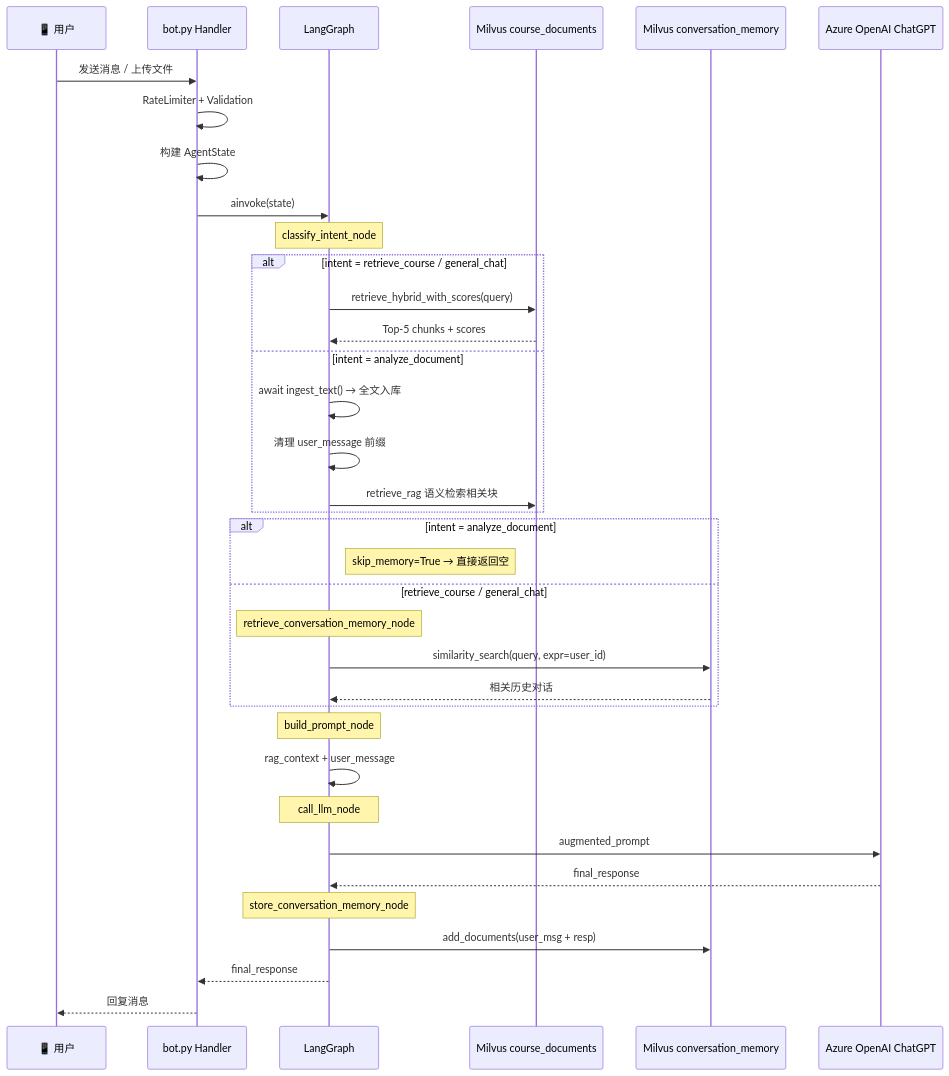
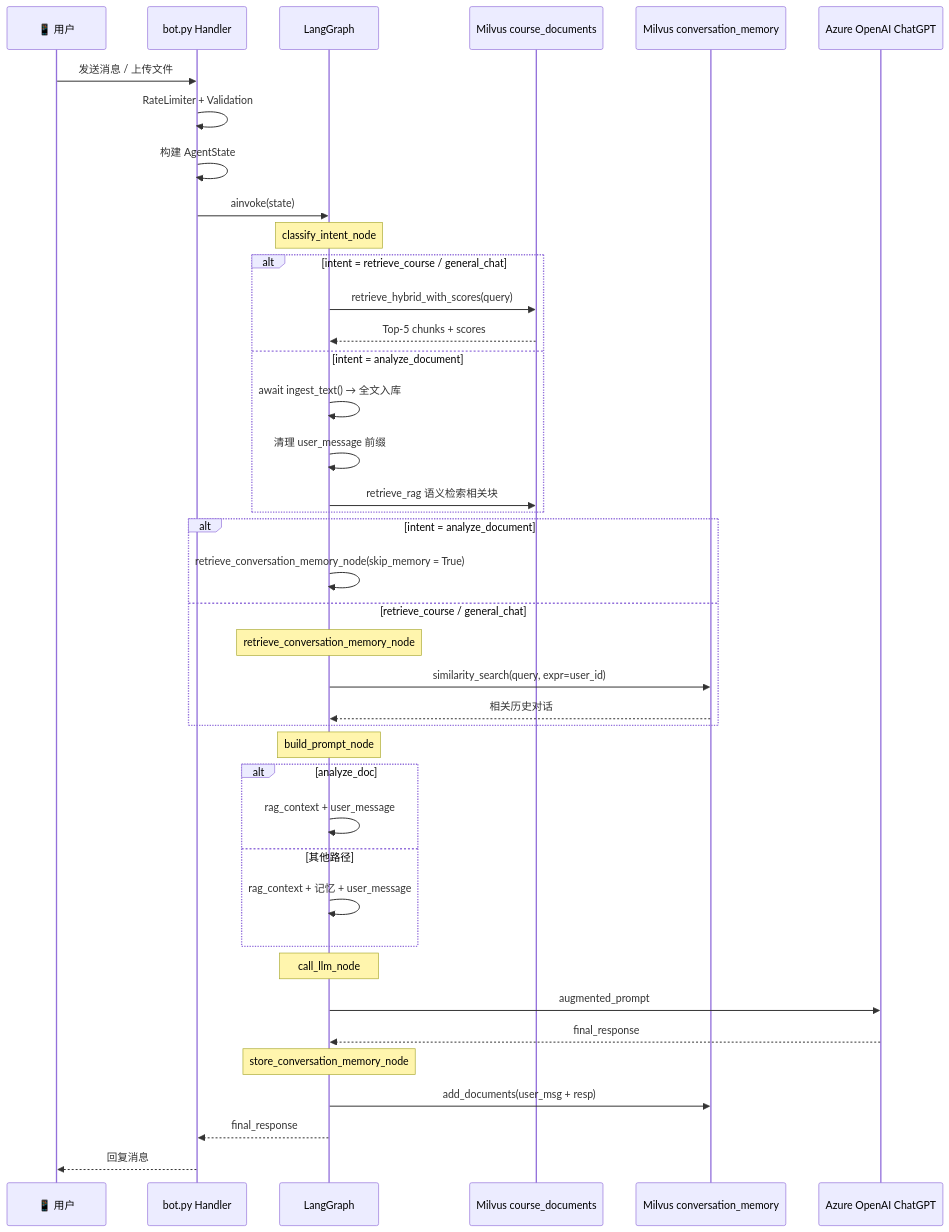
Before and after one commit to ravemelodic/Multi-functional_AI_Assistant: the seventh of 9 diagrams in 流程图.md, drawn with Mermaid.

Commit message:
fix: 流程图 Section 7 完善 skip_memory 显示 + prompt 条件分支

````diff
--- a/流程图.md
+++ b/流程图.md
@@ -206,44 +206,48 @@
 ```mermaid
 sequenceDiagram
     participant User as 📱 用户
     participant Bot as bot.py Handler
     participant Graph as LangGraph
     participant Milvus_C as Milvus course_documents
     participant Milvus_M as Milvus conversation_memory
     participant LLM as Azure OpenAI ChatGPT
 
     User->>Bot: 发送消息 / 上传文件
     Bot->>Bot: RateLimiter + Validation
     Bot->>Bot: 构建 AgentState
     Bot->>Graph: ainvoke(state)
 
     Note over Graph: classify_intent_node
     alt intent = retrieve_course / general_chat
         Graph->>Milvus_C: retrieve_hybrid_with_scores(query)
         Milvus_C-->>Graph: Top-5 chunks + scores
     else intent = analyze_document
         Graph->>Graph: await ingest_text() → 全文入库
         Graph->>Graph: 清理 user_message 前缀
         Graph->>Milvus_C: retrieve_rag 语义检索相关块
     end
 
     alt intent = analyze_document
-        Note right of Graph: skip_memory=True → 直接返回空
+        Graph->>Graph: retrieve_conversation_memory_node(skip_memory = True)
     else retrieve_course / general_chat
         Note over Graph: retrieve_conversation_memory_node
         Graph->>Milvus_M: similarity_search(query, expr=user_id)
         Milvus_M-->>Graph: 相关历史对话
     end
 
     Note over Graph: build_prompt_node
-    Graph->>Graph: rag_context + user_message
+    alt analyze_doc
+        Graph->>Graph: rag_context + user_message
+    else 其他路径
+        Graph->>Graph: rag_context + 记忆 + user_message
+    end
     Note over Graph: call_llm_node
     Graph->>LLM: augmented_prompt
     LLM-->>Graph: final_response
 
     Note over Graph: store_conversation_memory_node
     Graph->>Milvus_M: add_documents(user_msg + resp)
 
     Graph-->>Bot: final_response
     Bot-->>User: 回复消息
 ```
````
